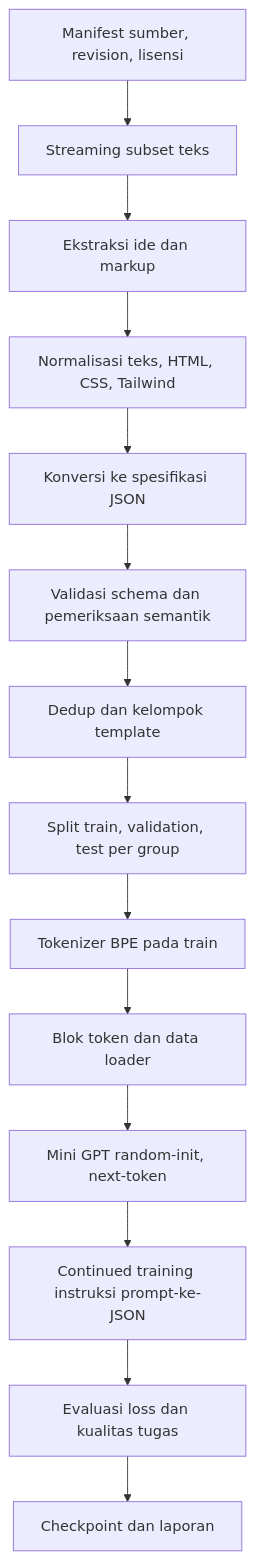
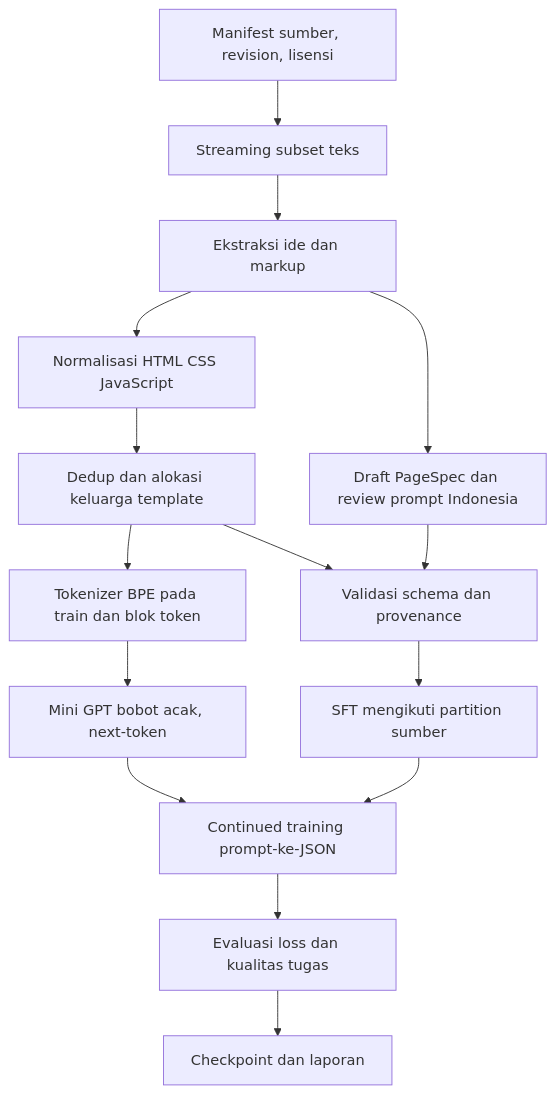
The first of 2 diagrams in docs/PROJECT_SCOPE_AND_PIPELINE.md (baysatriow/mini-gpt-webcodegen), drawn with Mermaid before and after one commit. The commit also changed other lines of this file and 27 other files, not shown here.

````diff
--- a/docs/PROJECT_SCOPE_AND_PIPELINE.md
+++ b/docs/PROJECT_SCOPE_AND_PIPELINE.md
@@ -64,16 +66,17 @@
 ```mermaid
 flowchart TD
     A[Manifest sumber, revision, lisensi] --> B[Streaming subset teks]
     B --> C[Ekstraksi ide dan markup]
-    C --> D[Normalisasi teks, HTML, CSS, Tailwind]
-    D --> E[Konversi ke spesifikasi JSON]
-    E --> F[Validasi schema dan pemeriksaan semantik]
-    F --> G[Dedup dan kelompok template]
-    G --> H[Split train, validation, test per group]
-    H --> I[Tokenizer BPE pada train]
-    I --> J[Blok token dan data loader]
-    J --> K[Mini GPT random-init, next-token]
-    K --> L[Continued training instruksi prompt-ke-JSON]
-    L --> M[Evaluasi loss dan kualitas tugas]
-    M --> N[Checkpoint dan laporan]
+    C --> D[Normalisasi HTML CSS JavaScript]
+    D --> E[Dedup dan alokasi keluarga template]
+    E --> F[Tokenizer BPE pada train dan blok token]
+    F --> G[Mini GPT bobot acak, next-token]
+    C --> H[Draft PageSpec dan review prompt Indonesia]
+    H --> I[Validasi schema dan provenance]
+    E --> I
+    I --> J[SFT mengikuti partition sumber]
+    G --> K[Continued training prompt-ke-JSON]
+    J --> K
+    K --> L[Evaluasi loss dan kualitas tugas]
+    L --> M[Checkpoint dan laporan]
 ```
````
